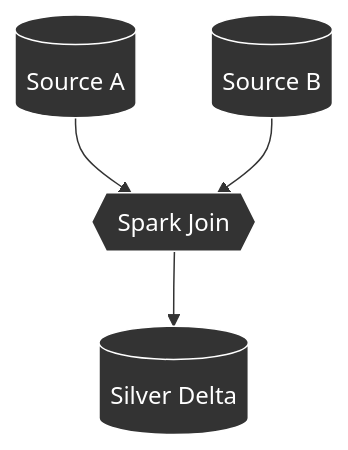
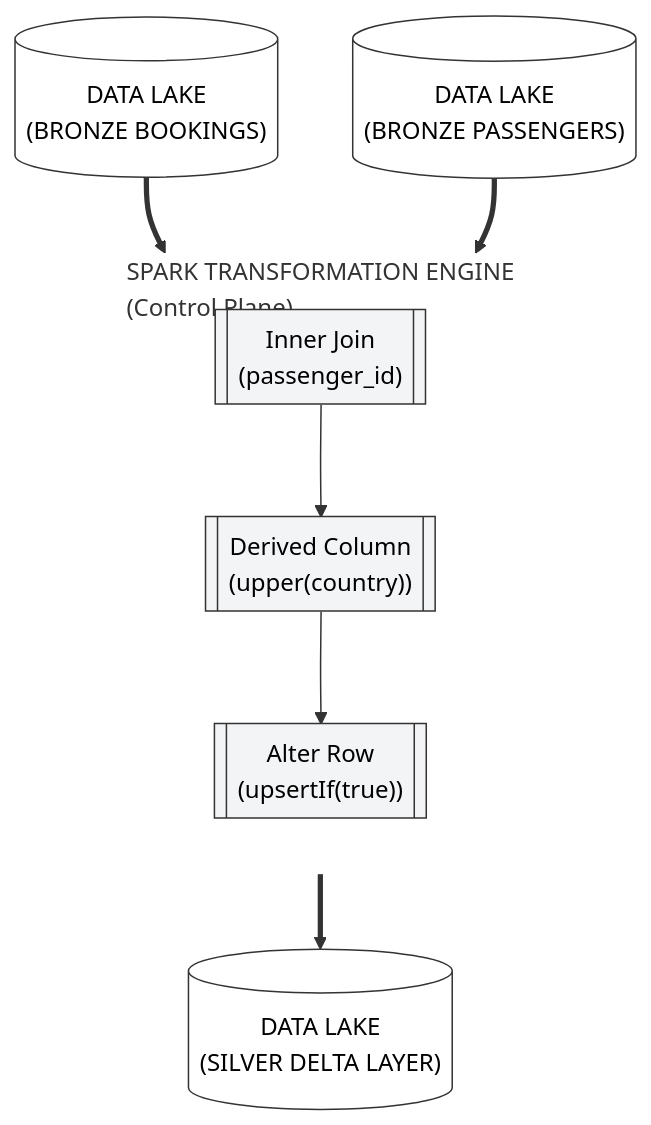
One commit to hamdahiqbal/ADF-Capstone-Project changed the ninth of 14 diagrams in README.md. Above: the diagram before and after it, drawn with Mermaid. The commit also changed other lines of this file, not shown here.

````diff
--- a/README.md
+++ b/README.md
@@ -221,11 +799,29 @@
 ```mermaid
-graph TD
-    B1[("Source A")] --> Spark{{"Spark Join"}}
-    B2[("Source B")] --> Spark
-    Spark --> Delta[("Silver Delta")]
-    
-    style B1 fill:#333,stroke:#fff,color:#fff
-    style B2 fill:#333,stroke:#fff,color:#fff
-    style Spark fill:#333,stroke:#fff,color:#fff
-    style Delta fill:#333,stroke:#fff,color:#fff
+flowchart TD
+    Src1[("DATA LAKE<br>(BRONZE BOOKINGS)")]
+    Src2[("DATA LAKE<br>(BRONZE PASSENGERS)")]
+
+    subgraph ADF ["SPARK TRANSFORMATION ENGINE<br>(Control Plane)"]
+        direction TB
+        Join[["Inner Join<br>(passenger_id)"]]
+        Derived[["Derived Column<br>(upper(country))"]]
+        Alter[["Alter Row<br>(upsertIf(true))"]]
+        
+        Join --> Derived
+        Derived --> Alter
+    end
+
+    Snk[("DATA LAKE<br>(SILVER DELTA LAYER)")]
+
+    Src1 ==> Join
+    Src2 ==> Join
+    Alter ==> Snk
+
+    style Src1 fill:#ffffff,stroke:#333,color:#000
+    style Src2 fill:#ffffff,stroke:#333,color:#000
+    style Snk fill:#ffffff,stroke:#333,color:#000
+    style Join fill:#f3f4f6,stroke:#333,color:#000
+    style Derived fill:#f3f4f6,stroke:#333,color:#000
+    style Alter fill:#f3f4f6,stroke:#333,color:#000
+    style ADF fill:none,stroke:#ffffff,stroke-width:2px,stroke-dasharray: 4 4
 ```
````
